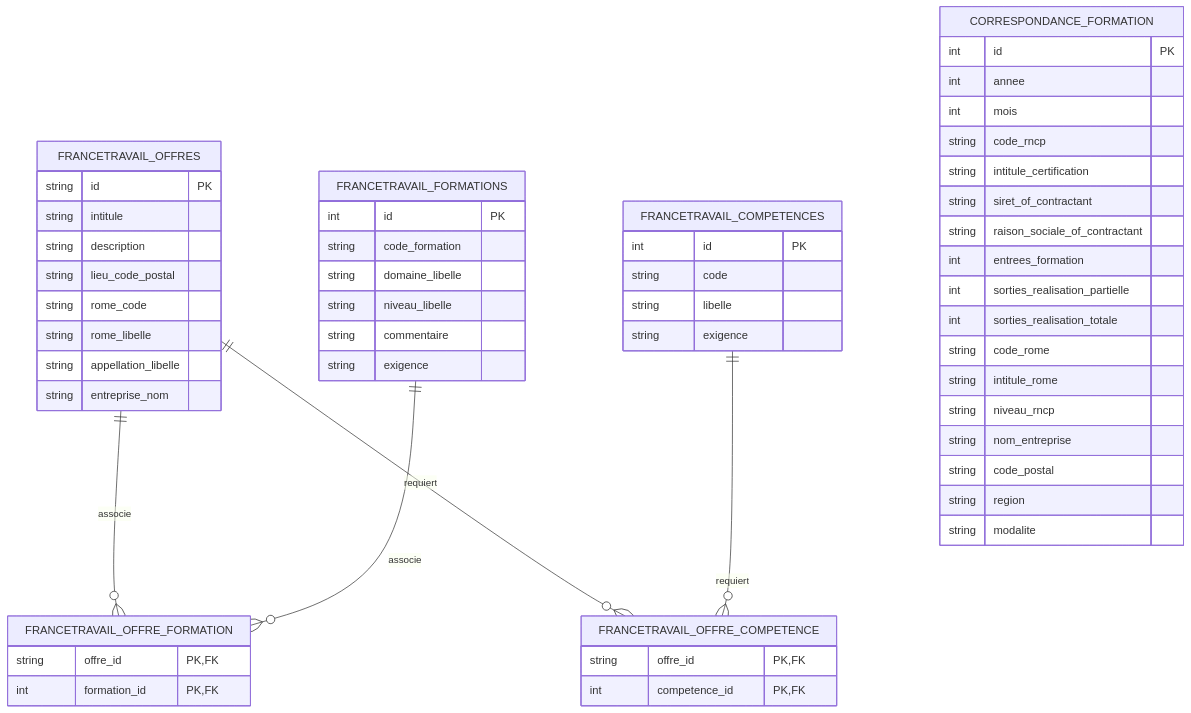
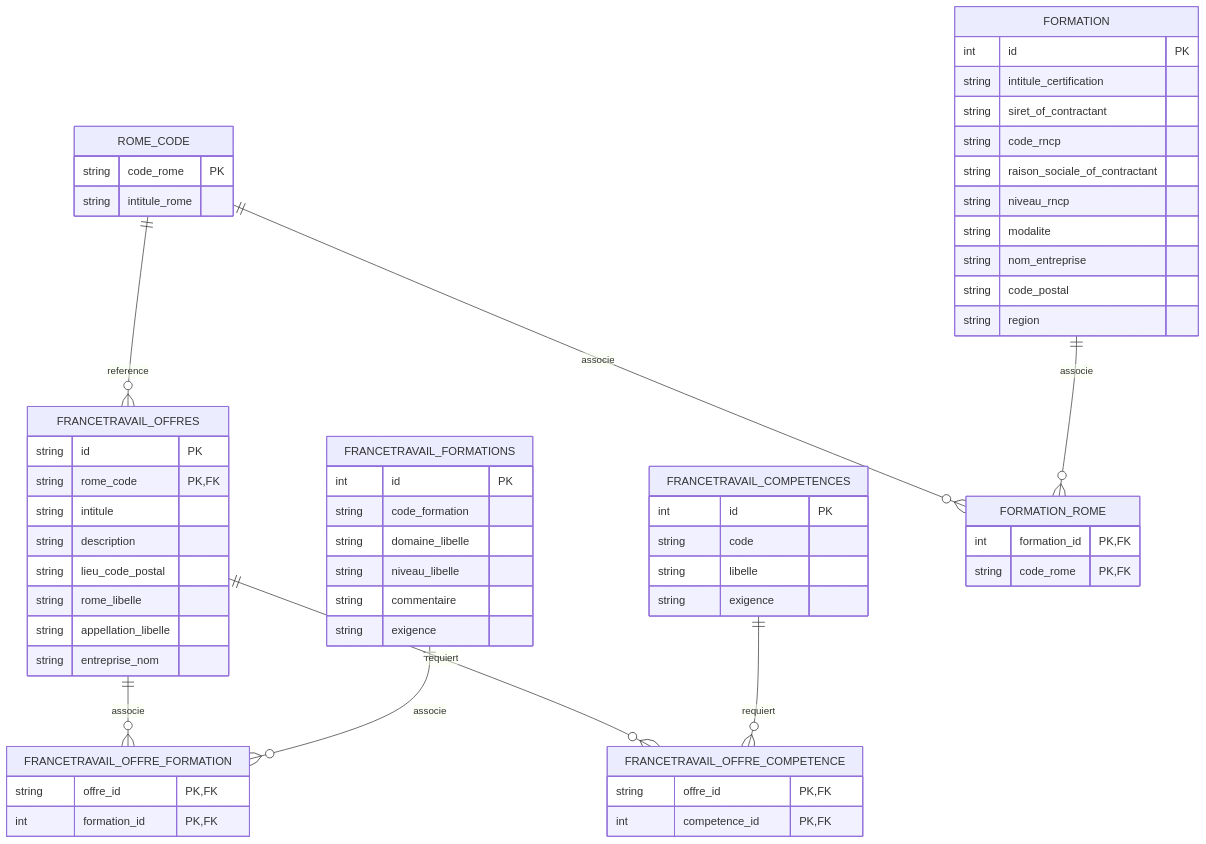
The diagram in README.md (cmoileboss/observia-emploi), drawn with Mermaid before and after one commit. The commit also changed other lines of this file and 5 other files, not shown here.

````diff
--- a/README.md
+++ b/README.md
@@ -194,64 +194,70 @@
 ```mermaid
 erDiagram
 	FRANCETRAVAIL_OFFRES ||--o{ FRANCETRAVAIL_OFFRE_FORMATION : associe
 	FRANCETRAVAIL_FORMATIONS ||--o{ FRANCETRAVAIL_OFFRE_FORMATION : associe
 	FRANCETRAVAIL_OFFRES ||--o{ FRANCETRAVAIL_OFFRE_COMPETENCE : requiert
 	FRANCETRAVAIL_COMPETENCES ||--o{ FRANCETRAVAIL_OFFRE_COMPETENCE : requiert
+	ROME_CODE ||--o{ FRANCETRAVAIL_OFFRES : reference
+	ROME_CODE ||--o{ FORMATION_ROME : associe
+	FORMATION ||--o{ FORMATION_ROME : associe
 
 	FRANCETRAVAIL_OFFRES {
 		string id PK
+		string rome_code PK, FK
 		string intitule
 		string description
 		string lieu_code_postal
-		string rome_code
 		string rome_libelle
 		string appellation_libelle
 		string entreprise_nom
+	}
+
+	ROME_CODE {
+		string code_rome PK
+		string intitule_rome
 	}
 
 	FRANCETRAVAIL_FORMATIONS {
 		int id PK
 		string code_formation
 		string domaine_libelle
 		string niveau_libelle
 		string commentaire
 		string exigence
 	}
 
 	FRANCETRAVAIL_COMPETENCES {
 		int id PK
 		string code
 		string libelle
 		string exigence
 	}
 
 	FRANCETRAVAIL_OFFRE_FORMATION {
 		string offre_id PK, FK
 		int formation_id PK, FK
 	}
 
 	FRANCETRAVAIL_OFFRE_COMPETENCE {
 		string offre_id PK, FK
 		int competence_id PK, FK
 	}
 
-	CORRESPONDANCE_FORMATION {
+	FORMATION_ROME {
+		int formation_id PK, FK
+		string code_rome PK, FK
+	}
+
+	FORMATION {
 		int id PK
-		int annee
-		int mois
-		string code_rncp
 		string intitule_certification
 		string siret_of_contractant
+		string code_rncp
 		string raison_sociale_of_contractant
-		int entrees_formation
-		int sorties_realisation_partielle
-		int sorties_realisation_totale
-		string code_rome
-		string intitule_rome
 		string niveau_rncp
+		string modalite
 		string nom_entreprise
 		string code_postal
 		string region
-		string modalite
 	}
 ```
````
